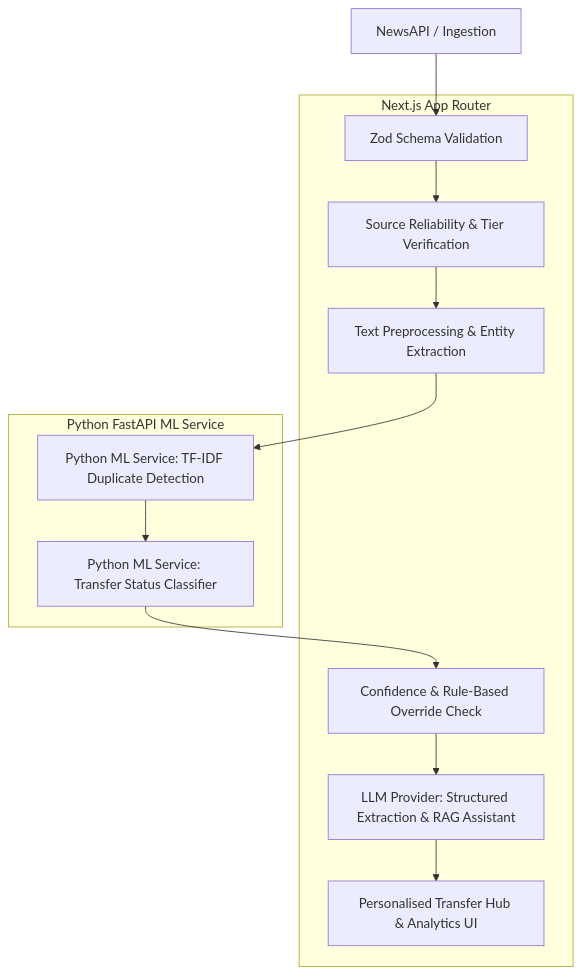
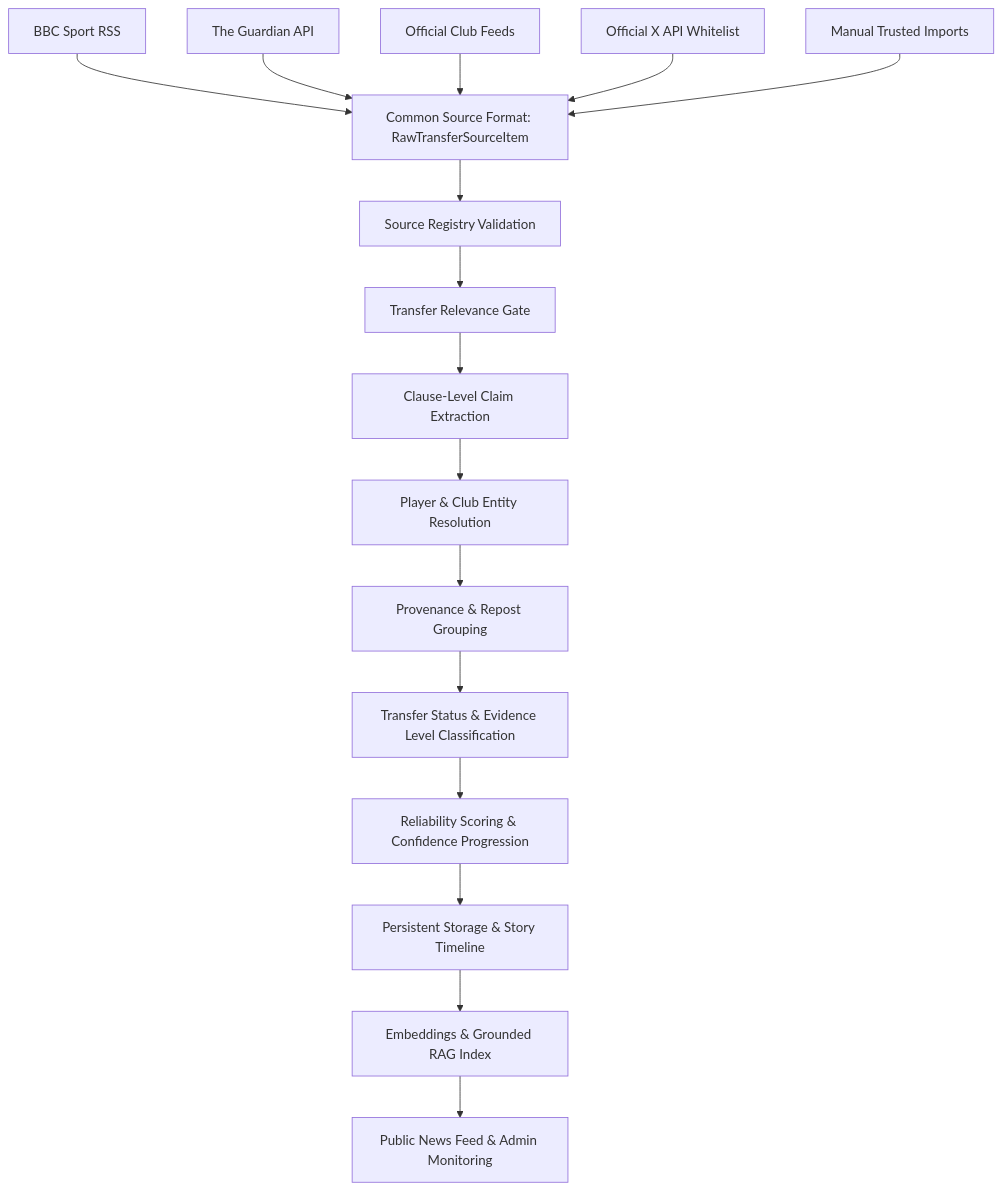
The diagram in README.md (parajulimanish07/footballTransferTracker), drawn with Mermaid before and after one commit. The commit also changed other lines of this file and 76 other files, not shown here.

````diff
--- a/README.md
+++ b/README.md
@@ -11,25 +11,19 @@
 ```mermaid
 graph TD
-    A[NewsAPI / Ingestion] --> B[Zod Schema Validation]
-    B --> C[Source Reliability & Tier Verification]
-    C --> D[Text Preprocessing & Entity Extraction]
-    D --> E[Python ML Service: TF-IDF Duplicate Detection]
-    E --> F[Python ML Service: Transfer Status Classifier]
-    F --> G[Confidence & Rule-Based Override Check]
-    G --> H[LLM Provider: Structured Extraction & RAG Assistant]
-    H --> I[Personalised Transfer Hub & Analytics UI]
+  A[BBC Sport RSS] --> F[Common Source Format: RawTransferSourceItem]
+  B[The Guardian API] --> F
+  C[Official Club Feeds] --> F
+  D[Official X API Whitelist] --> F
+  E[Manual Trusted Imports] --> F
 
-    subgraph Next.js App Router
-        B
-        C
-        D
-        G
-        H
-        I
-    end
-
-    subgraph Python FastAPI ML Service
-        E
-        F
-    end
+  F --> G[Source Registry Validation]
+  G --> H[Transfer Relevance Gate]
+  H --> I[Clause-Level Claim Extraction]
+  I --> J[Player & Club Entity Resolution]
+  J --> K[Provenance & Repost Grouping]
+  K --> L[Transfer Status & Evidence Level Classification]
+  L --> M[Reliability Scoring & Confidence Progression]
+  M --> N[Persistent Storage & Story Timeline]
+  N --> O[Embeddings & Grounded RAG Index]
+  O --> P[Public News Feed & Admin Monitoring]
 ```
````
